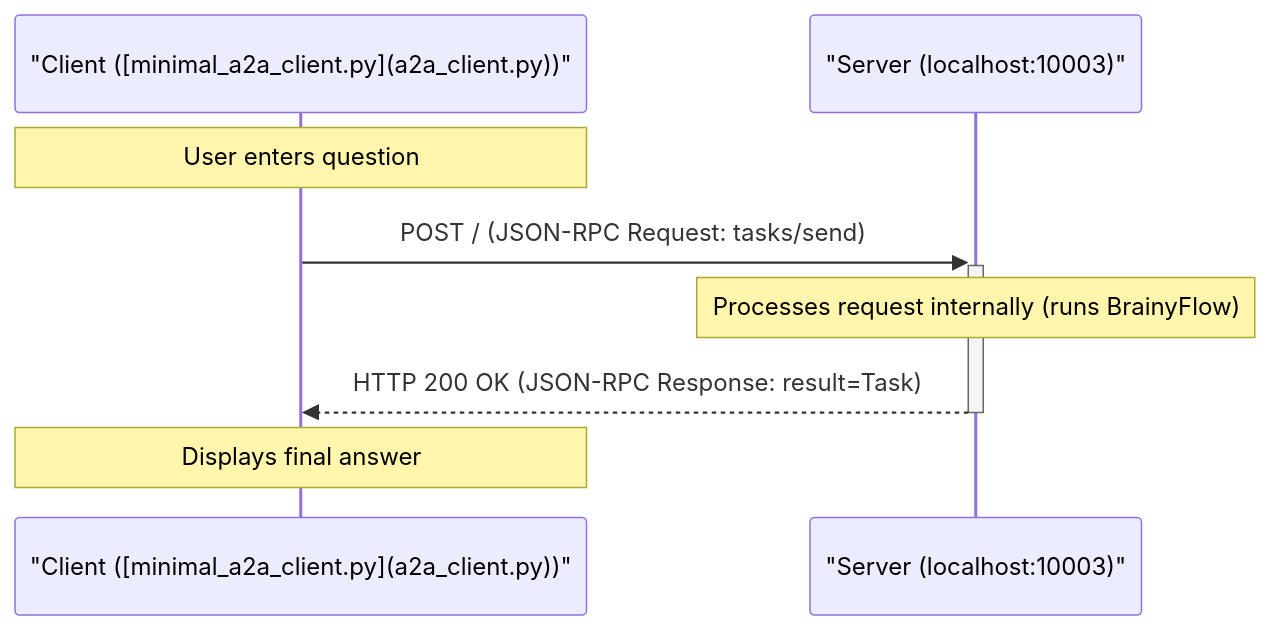
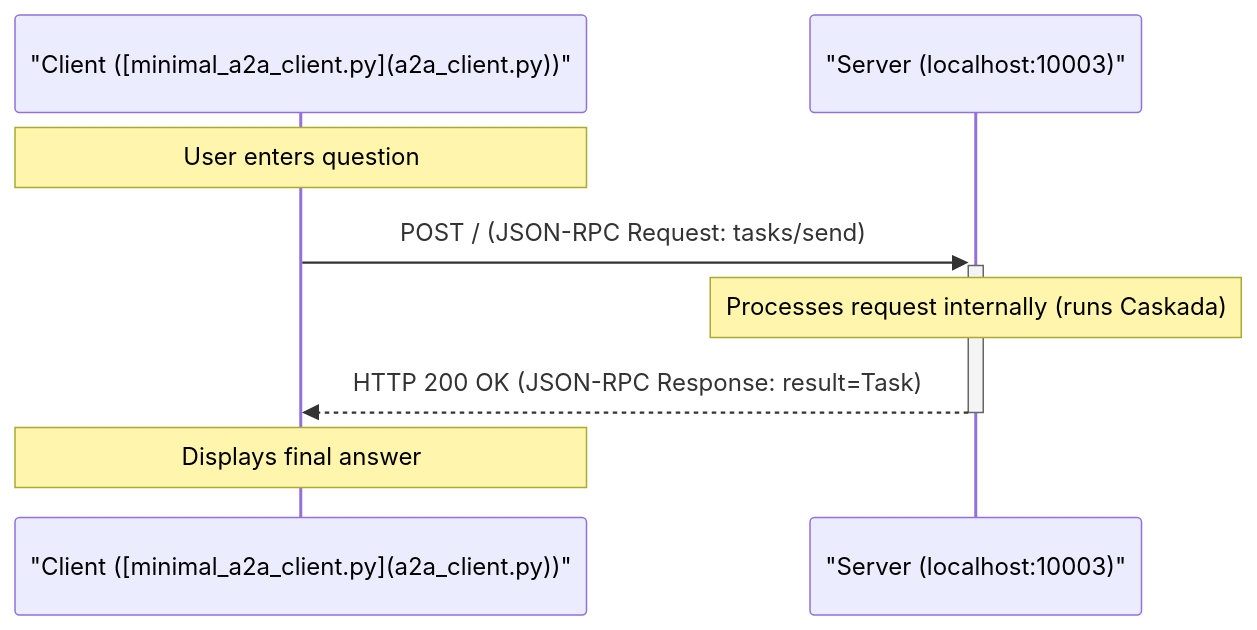
Before and after one commit to skadaai/caskada: diagram 20 of 20 in cookbook/README.md, drawn with Mermaid. The commit also changed other lines of this file and 105 other files, not shown here.

Commit message:
replace `BrainyFlow` -> `Caskada`

````diff
--- a/cookbook/README.md
+++ b/cookbook/README.md
@@ -3969,11 +3969,11 @@
 ```mermaid
 sequenceDiagram
     participant Client as "Client ([minimal_a2a_client.py](a2a_client.py))"
     participant Server as "Server (localhost:10003)"
 
     Note over Client: User enters question
     Client->>+Server: POST / (JSON-RPC Request: tasks/send)
-    Note over Server: Processes request internally (runs BrainyFlow)
+    Note over Server: Processes request internally (runs Caskada)
     Server-->>-Client: HTTP 200 OK (JSON-RPC Response: result=Task)
     Note over Client: Displays final answer
 ```
````
